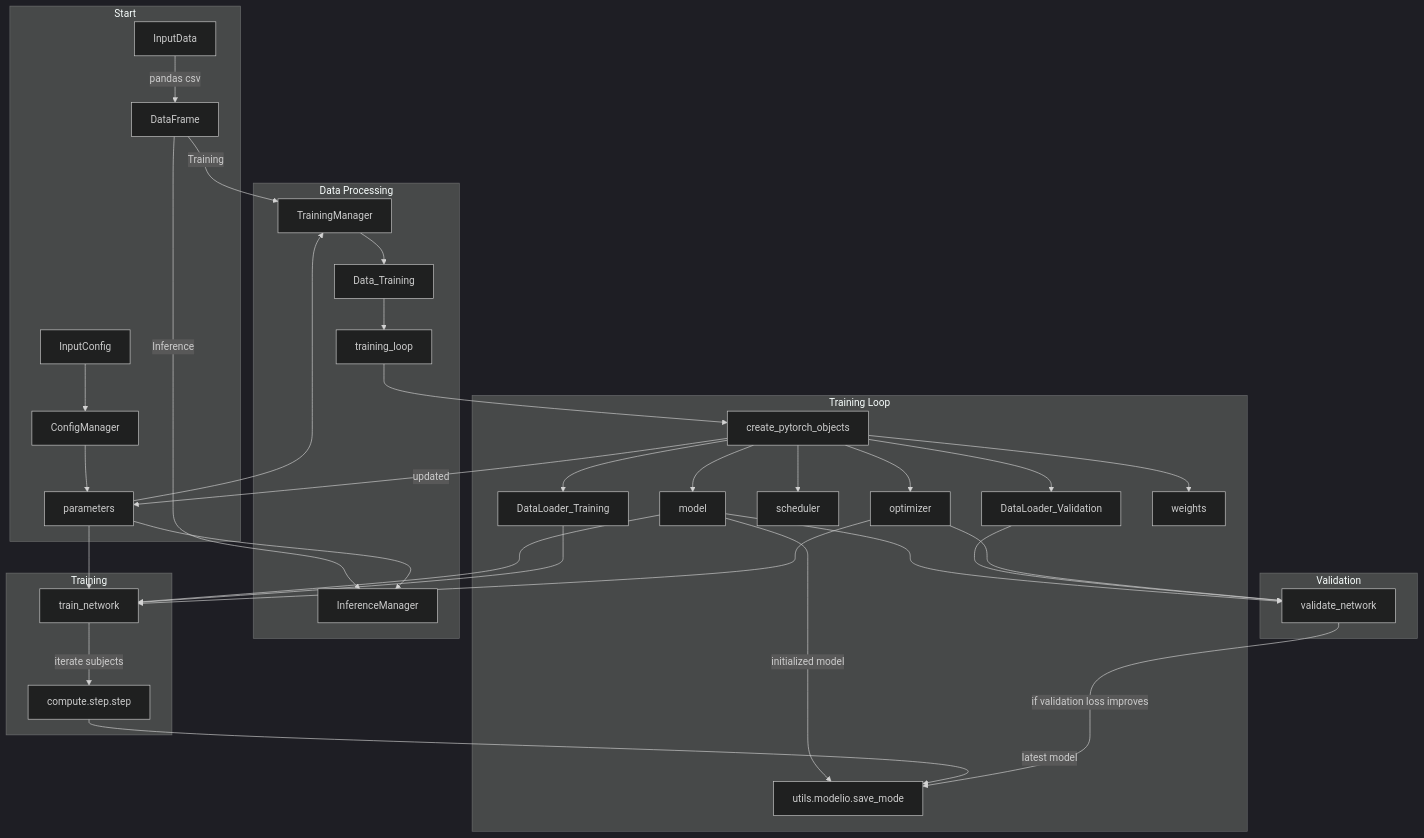
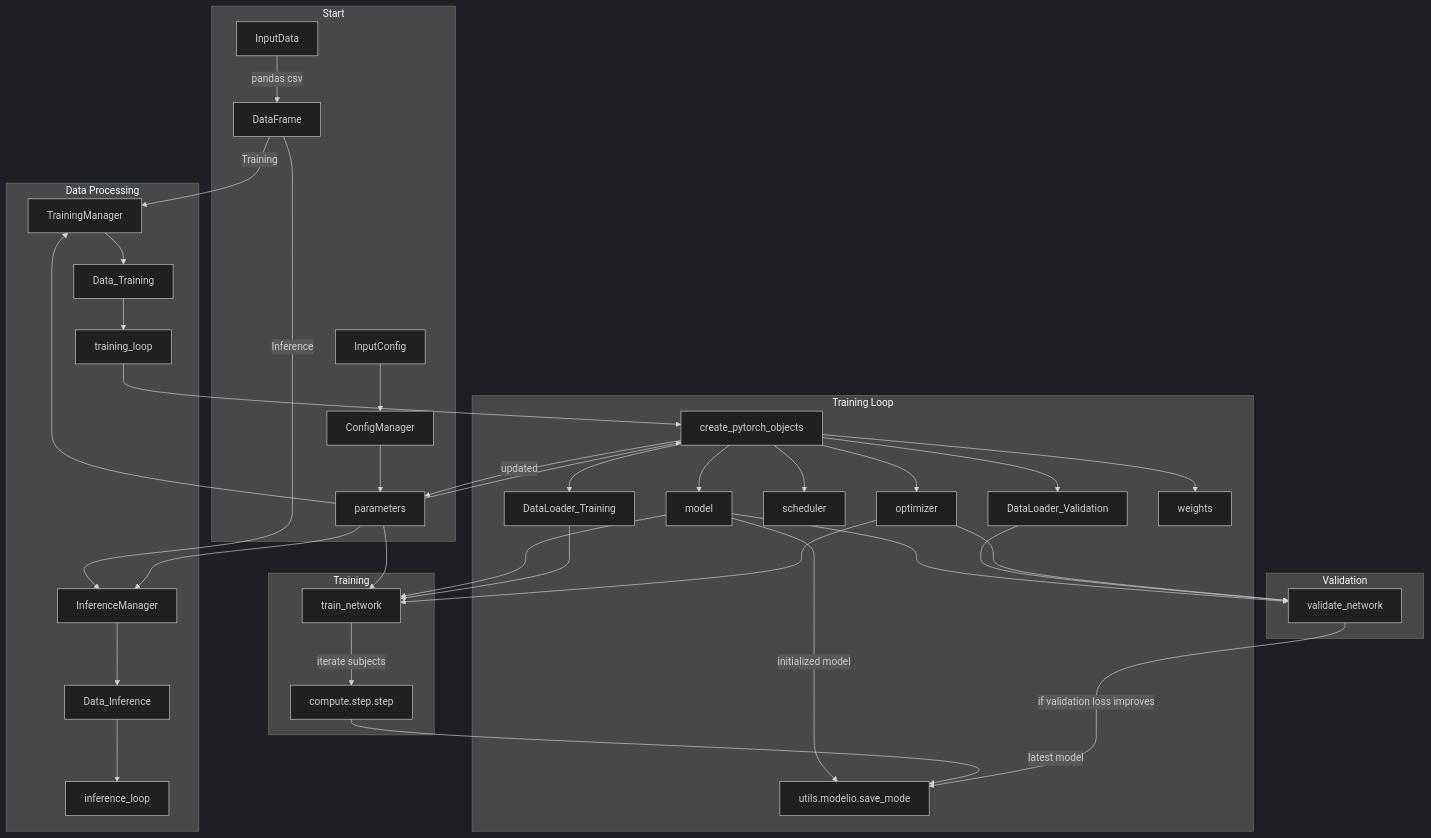
Before and after one commit to szmazurek/GaNDLF: the diagram in docs/flowchart.md, drawn with Mermaid (dark theme).

Commit message:
Add inference loop and connect parameters to create_pytorch_objects

````diff
--- a/docs/flowchart.md
+++ b/docs/flowchart.md
@@ -3,43 +3,44 @@
 ```mermaid
 flowchart TD
     subgraph Input [Start]
         InputData -->|pandas csv| DataFrame
         InputConfig --> ConfigManager --> parameters
     end
 
     subgraph Data Processing
         DataFrame --> |Training| TrainingManager --> Data_Training --> training_loop
-        DataFrame --> |Inference| InferenceManager
+        DataFrame --> |Inference| InferenceManager --> Data_Inference --> inference_loop
         parameters --> TrainingManager
         parameters --> InferenceManager
     end
 
     subgraph Training Loop
         training_loop --> create_pytorch_objects
+        parameters --> create_pytorch_objects
         create_pytorch_objects --> model
         create_pytorch_objects --> optimizer
         create_pytorch_objects --> scheduler
         create_pytorch_objects --> DataLoader_Training
         create_pytorch_objects --> DataLoader_Validation
         create_pytorch_objects --> weights
         create_pytorch_objects -->|updated| parameters
         model -->|initialized model| utils.modelio.save_mode
     end
 
     subgraph Training
         model --> train_network
         DataLoader_Training --> train_network
         optimizer --> train_network
         parameters --> train_network
         train_network -->|iterate subjects| compute.step.step
         compute.step.step -->|latest model| utils.modelio.save_mode
     end
 
     subgraph Validation
         model --> validate_network
         DataLoader_Validation --> validate_network
         optimizer --> validate_network
         validate_network -->|if validation loss improves| utils.modelio.save_mode
     end
 
 ```
````
